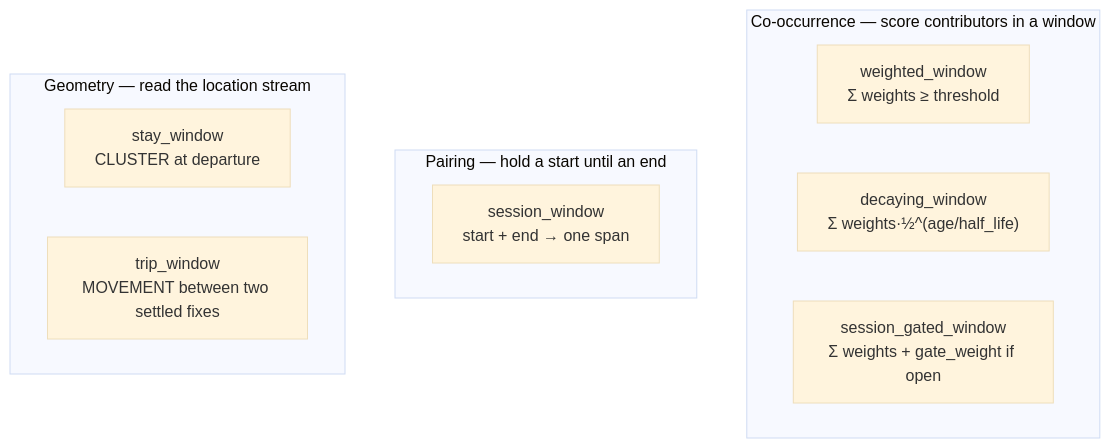
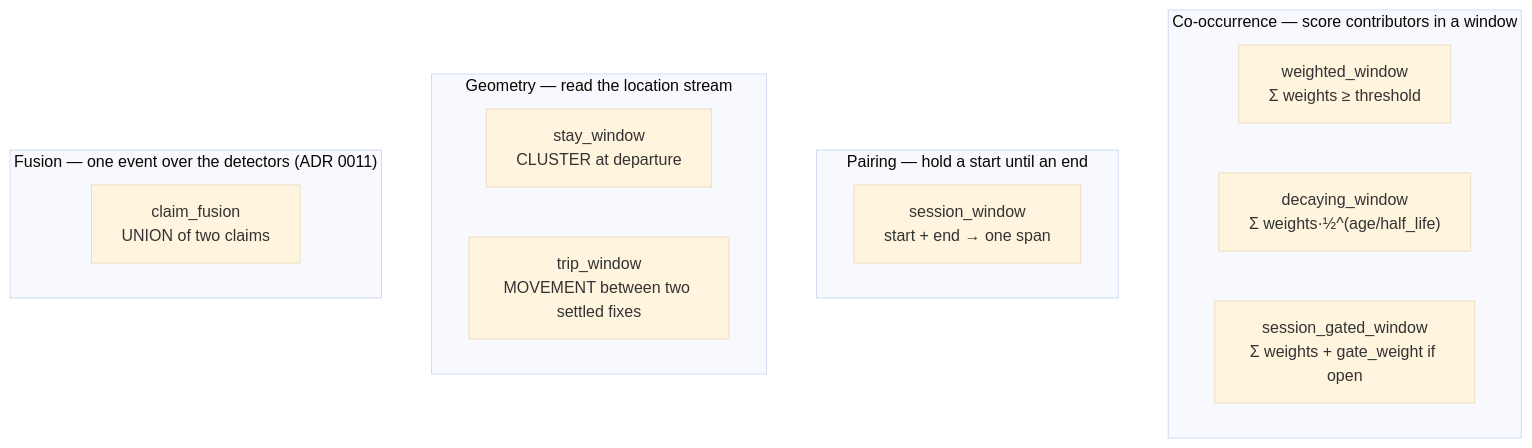
One commit to rodis/inference changed diagram 12 of 14 in doc/core.md. Above: the diagram before and after it, drawn with Mermaid (base theme). The commit also changed other lines of this file and 6 other files, not shown here.

First line of the commit message:
feat(adr-0011): phase 2 — journey is the drawn event, detectors demote

````diff
--- a/doc/core.md
+++ b/doc/core.md
@@ -1067,15 +1077,18 @@
 ```mermaid
 flowchart TB
     subgraph co["Co-occurrence — score contributors in a window"]
         ww["weighted_window<br/>Σ weights ≥ threshold"]
         dw["decaying_window<br/>Σ weights·½^(age/half_life)"]
         sgw["session_gated_window<br/>Σ weights + gate_weight if open"]
     end
     subgraph pair["Pairing — hold a start until an end"]
         sw["session_window<br/>start + end → one span"]
     end
     subgraph geo["Geometry — read the location stream"]
         stw["stay_window<br/>CLUSTER at departure"]
         tw["trip_window<br/>MOVEMENT between two settled fixes"]
     end
+    subgraph fuse["Fusion — one event over the detectors (ADR 0011)"]
+        cf["claim_fusion<br/>UNION of two claims"]
+    end
 ```
````
